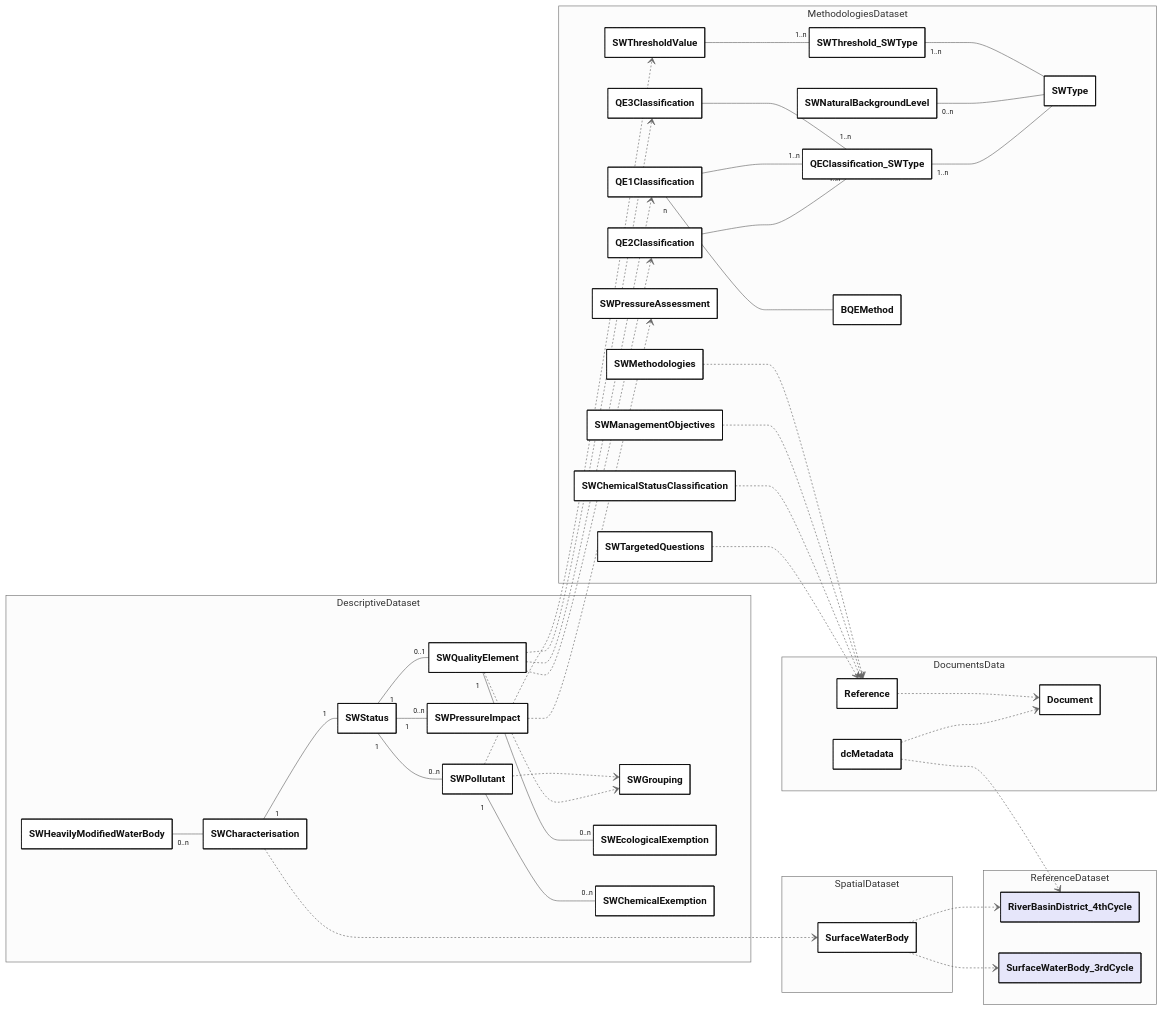
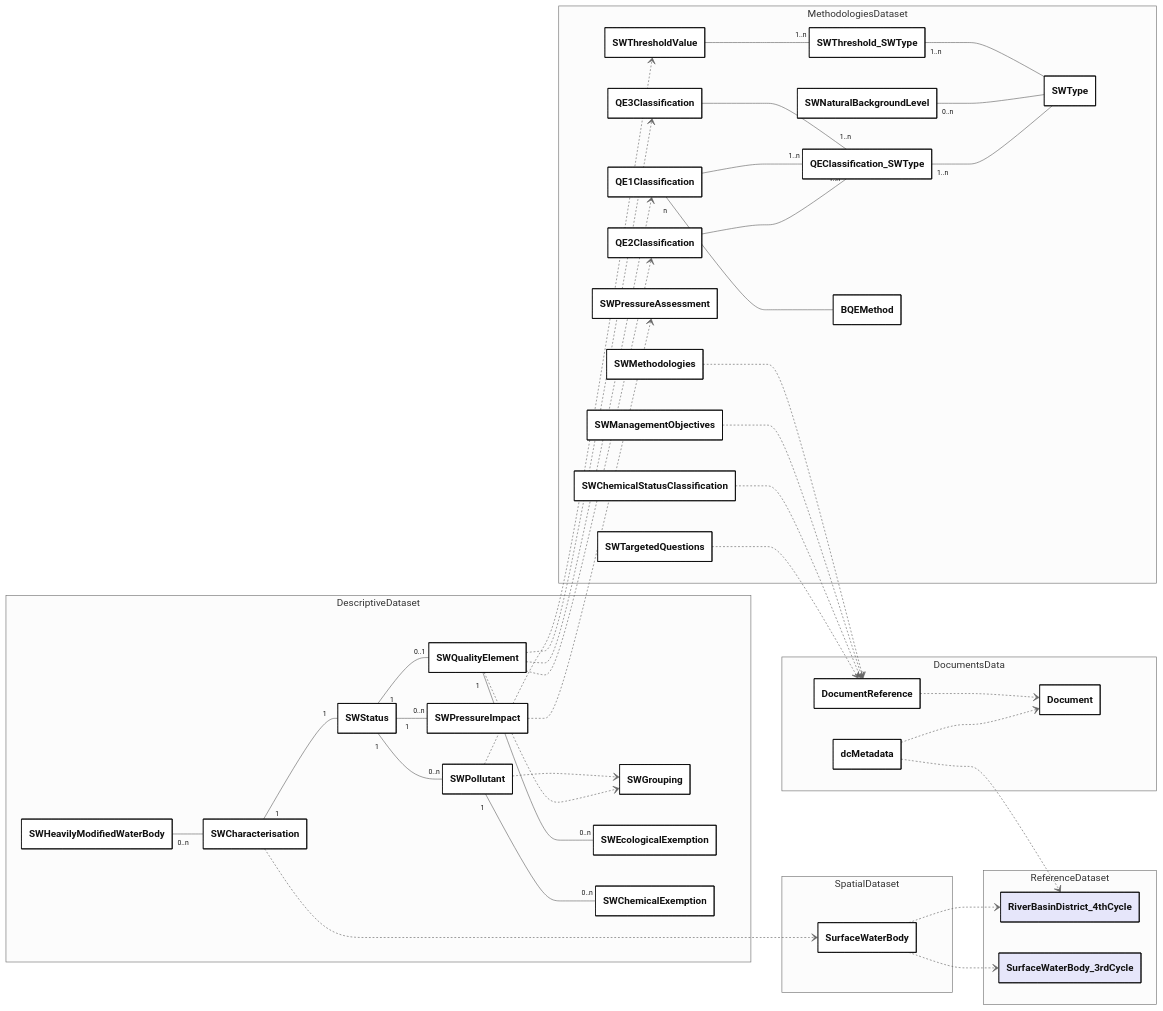
The diagram in docs/DataModelReview/mmd/SurfaceWater_4thCycle_Overview_ClassDiagram.mmd (eeadata/WISE.WFD.Documentation), drawn with Mermaid before and after one commit. The commit also changed 14 other files, not shown here.

First line of the commit message:
Correcting typo in the DocumentReference table name.

```diff
--- a/docs/DataModelReview/mmd/SurfaceWater_4thCycle_Overview_ClassDiagram.mmd
+++ b/docs/DataModelReview/mmd/SurfaceWater_4thCycle_Overview_ClassDiagram.mmd
@@ -1,115 +1,115 @@
 ---
 config:
   class:
     hideEmptyMembersBox: true
   layout: dagre
   theme: neutral
   themeVariables:
     noteBkgColor: LightYellow
     noteTextColor: black 
 ---
 classDiagram
 direction LR
 
 namespace DescriptiveDataset {
 class SWPressureImpact{}
 class SWHeavilyModifiedWaterBody{}
 class SWCharacterisation{}
 class SWStatus{} 
 
 class SWQualityElement{}
 class SWGrouping{}
 class SWPollutant{}
 
 class SWEcologicalExemption{}
 class SWChemicalExemption{}
 }
 
 namespace SpatialDataset {
   class SurfaceWaterBody{}
 }
 
 namespace MethodologiesDataset {
 class SWMethodologies{}
 class SWManagementObjectives{}
 class SWChemicalStatusClassification{}
 class SWTargetedQuestions{}
 
 class SWPressureAssessment{}
 class SWThresholdValue{}
 class SWThreshold_SWType{}
 class SWType{}
 class SWNaturalBackgroundLevel{}
 
 class QE1Classification{}
 class QE2Classification{}
 class QE3Classification{}
 class QEClassification_SWType{}
 
 class BQEMethod{}
 }
 
 namespace DocumentsData {
 class dcMetadata{}
-class Reference{}
+class DocumentReference{}
 class Document{}
 }
 
 namespace ReferenceDataset {
 class RiverBasinDistrict_4thCycle:::otherDataset{
   
 }
 
 class SurfaceWaterBody_3rdCycle:::otherDataset{
   
 }
 }
 
 SWHeavilyModifiedWaterBody "0..n" -- SWCharacterisation
 SWCharacterisation "1" -- "1" SWStatus    
 SWStatus "1" -- "0..1" SWQualityElement
 SWStatus "1" -- "0..n" SWPollutant
 SWStatus "1" -- "0..n" SWPressureImpact
 
 SWQualityElement "1" -- "0..n" SWEcologicalExemption
 SWPollutant "1" -- "0..n" SWChemicalExemption
 
 SWThresholdValue -- "1..n" SWThreshold_SWType
 SWThreshold_SWType "1..n" -- SWType
 
 SWNaturalBackgroundLevel "0..n" -- SWType
 QE1Classification "n" -- BQEMethod
 
 
 QE3Classification -- "1..n" QEClassification_SWType
 QE1Classification -- "1..n" QEClassification_SWType
 QE2Classification -- "1..n" QEClassification_SWType
 QEClassification_SWType "1..n" -- SWType
 
 
 SWPollutant ..> SWGrouping
 SWQualityElement ..> SWGrouping
 
 SWQualityElement ..> QE1Classification
 SWQualityElement ..> QE2Classification
 SWQualityElement ..> QE3Classification
 
 SurfaceWaterBody ..> SurfaceWaterBody_3rdCycle
 SurfaceWaterBody ..> RiverBasinDistrict_4thCycle
 
 SWPollutant ..> SWThresholdValue
 SWPressureImpact ..> SWPressureAssessment
 SWCharacterisation ..> SurfaceWaterBody
 
-SWMethodologies ..> Reference
-SWManagementObjectives ..> Reference
-SWChemicalStatusClassification ..> Reference
-SWTargetedQuestions ..> Reference
+SWMethodologies ..> DocumentReference
+SWManagementObjectives ..> DocumentReference
+SWChemicalStatusClassification ..> DocumentReference
+SWTargetedQuestions ..> DocumentReference
 
-Reference ..> Document
+DocumentReference ..> Document
 dcMetadata ..> RiverBasinDistrict_4thCycle
 dcMetadata ..> Document
 
 classDef default fill:white,stroke:#000;
 classDef forFixing fill:white,stroke:#f00;
 classDef otherDataset fill:lavender,stroke:#000;
```
